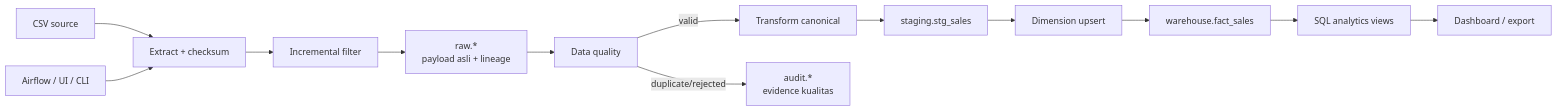
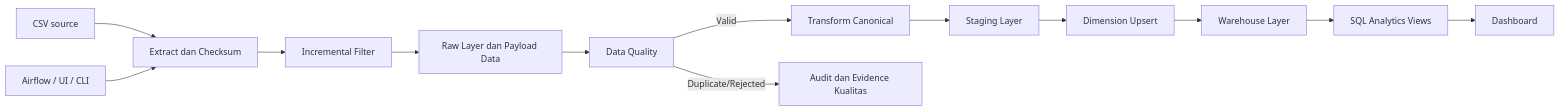
Before and after one commit to RinaldiHamzah/arunika-sales-pepeline-end-to-end: the diagram in docs/architecture.md, drawn with Mermaid.

````diff
--- a/docs/architecture.md
+++ b/docs/architecture.md
@@ -7,15 +7,15 @@
 ```mermaid
 flowchart LR
-    A[CSV source] --> B[Extract + checksum]
-    B --> C[Incremental filter]
-    C --> D[raw.*\npayload asli + lineage]
-    D --> E[Data quality]
-    E -->|valid| F[Transform canonical]
-    E -->|duplicate/rejected| G[audit.*\nevidence kualitas]
-    F --> H[staging.stg_sales]
-    H --> I[Dimension upsert]
-    I --> J[warehouse.fact_sales]
-    J --> K[SQL analytics views]
-    K --> L[Dashboard / export]
+    A[CSV source] --> B[Extract dan Checksum]
+    B --> C[Incremental Filter]
+    C --> D[Raw Layer dan Payload Data]
+    D --> E[Data Quality]
+    E -->|Valid| F[Transform Canonical]
+    E -->|Duplicate/Rejected| G[Audit dan Evidence Kualitas]
+    F --> H[Staging Layer]
+    H --> I[Dimension Upsert]
+    I --> J[Warehouse Layer]
+    J --> K[SQL Analytics Views]
+    K --> L[Dashboard]
     M[Airflow / UI / CLI] --> B
 ```
````
